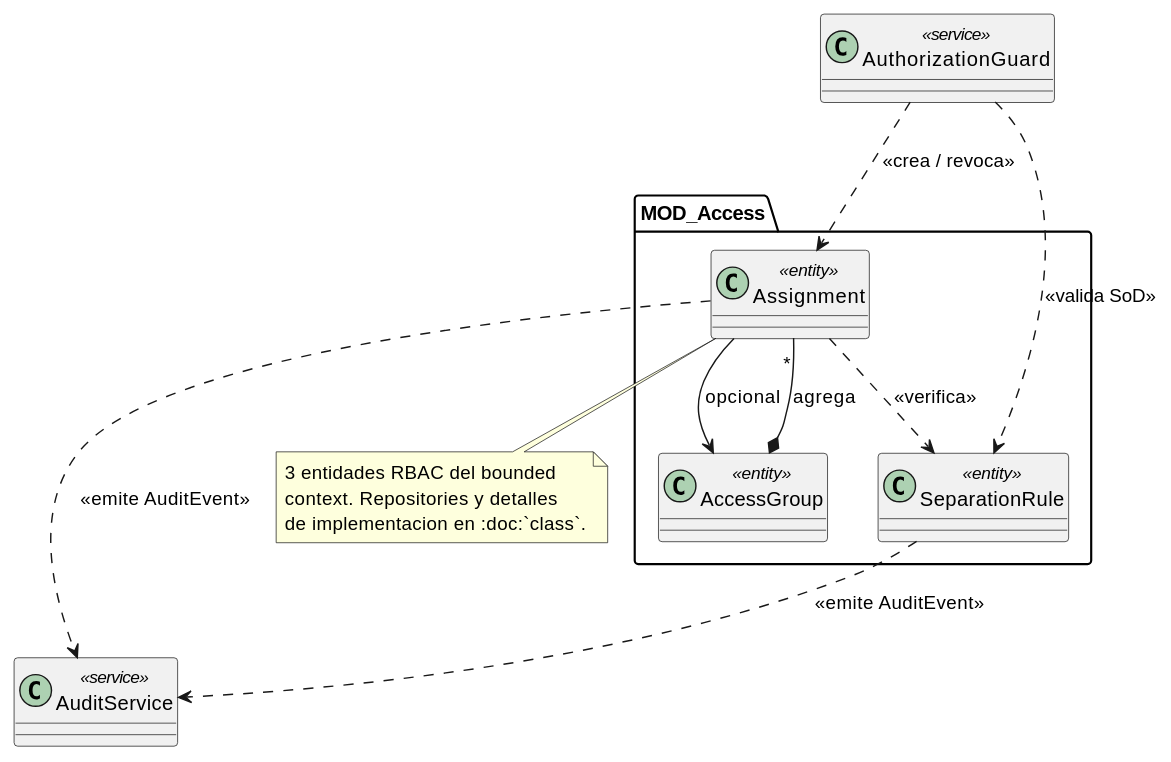
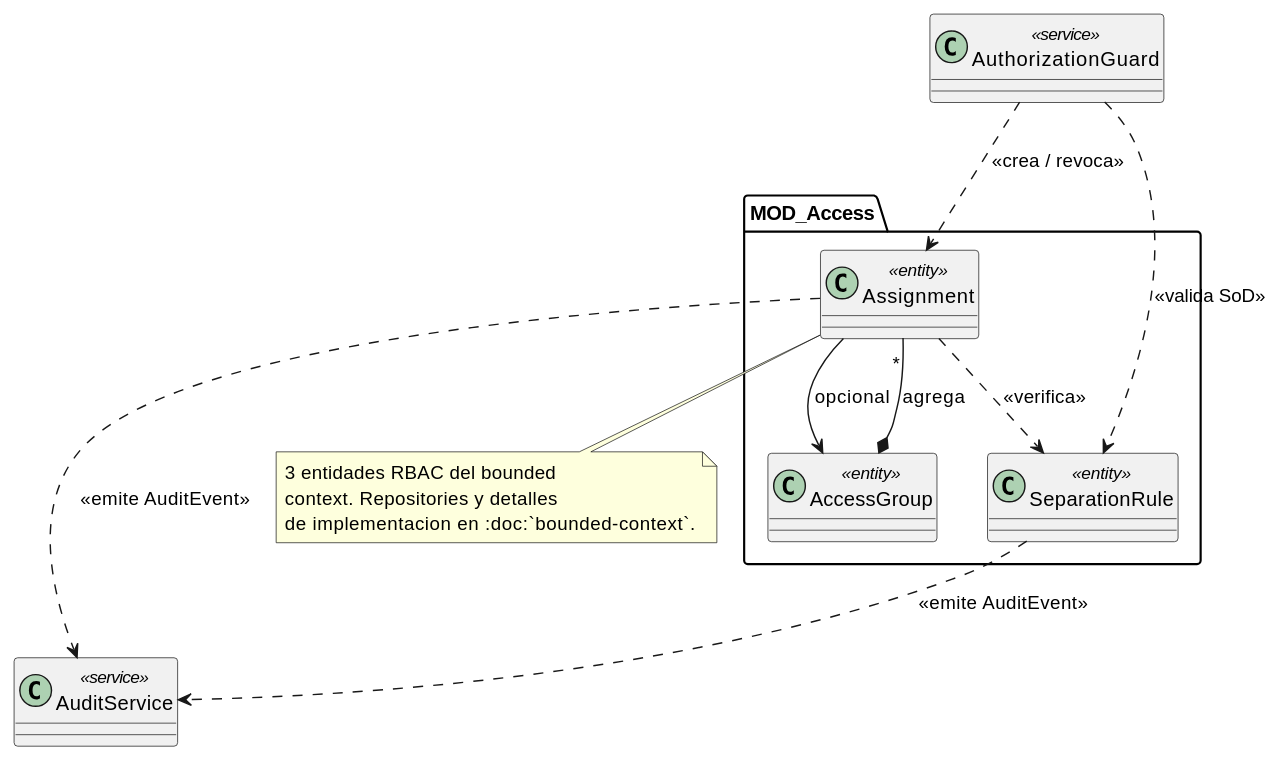
Before and after one commit to jcg-admin/IACT-docs: the diagram in source/arquitectura-tecnica/design-view/access/index.rst, drawn with PlantUML. The commit also changed other lines of this file and 97 other files, not shown here.

```diff
--- a/source/arquitectura-tecnica/design-view/access/index.rst
+++ b/source/arquitectura-tecnica/design-view/access/index.rst
@@ -31,35 +31,35 @@
 .. uml::
  :caption: MOD_Access — entidades del bounded context y
            puntos de contacto inter-modulo. Subset curado
            para vista de modulo; el detalle de repositories
            y relaciones internas vive en
-           :doc:`class`.
+           :doc:`bounded-context`.
 
  @startuml
 
  package "MOD_Access" {
    class Assignment <<entity>>
    class AccessGroup <<entity>>
    class SeparationRule <<entity>>
  }
 
  class AuthorizationGuard <<service>>
  class AuditService <<service>>
 
  Assignment --> AccessGroup : opcional
  Assignment ..> SeparationRule : <<verifica>>
  AccessGroup *-- "*" Assignment : agrega
 
  AuthorizationGuard ..> Assignment : <<crea / revoca>>
  AuthorizationGuard ..> SeparationRule : <<valida SoD>>
 
  Assignment ..> AuditService : <<emite AuditEvent>>
  SeparationRule ..> AuditService : <<emite AuditEvent>>
 
  note bottom of Assignment
    3 entidades RBAC del bounded
    context. Repositories y detalles
-   de implementacion en :doc:`class`.
+   de implementacion en :doc:`bounded-context`.
  end note
 
  @enduml
```
